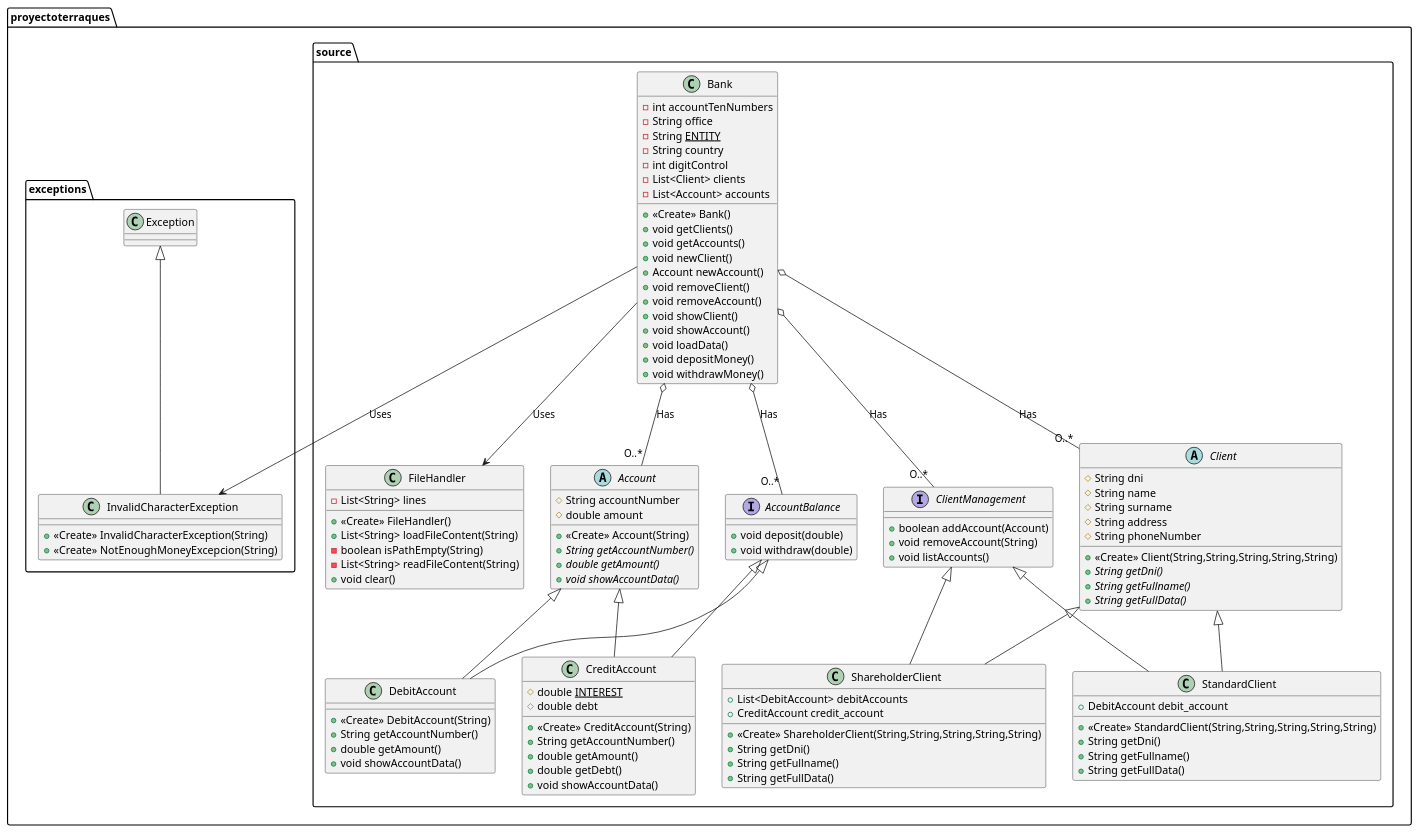
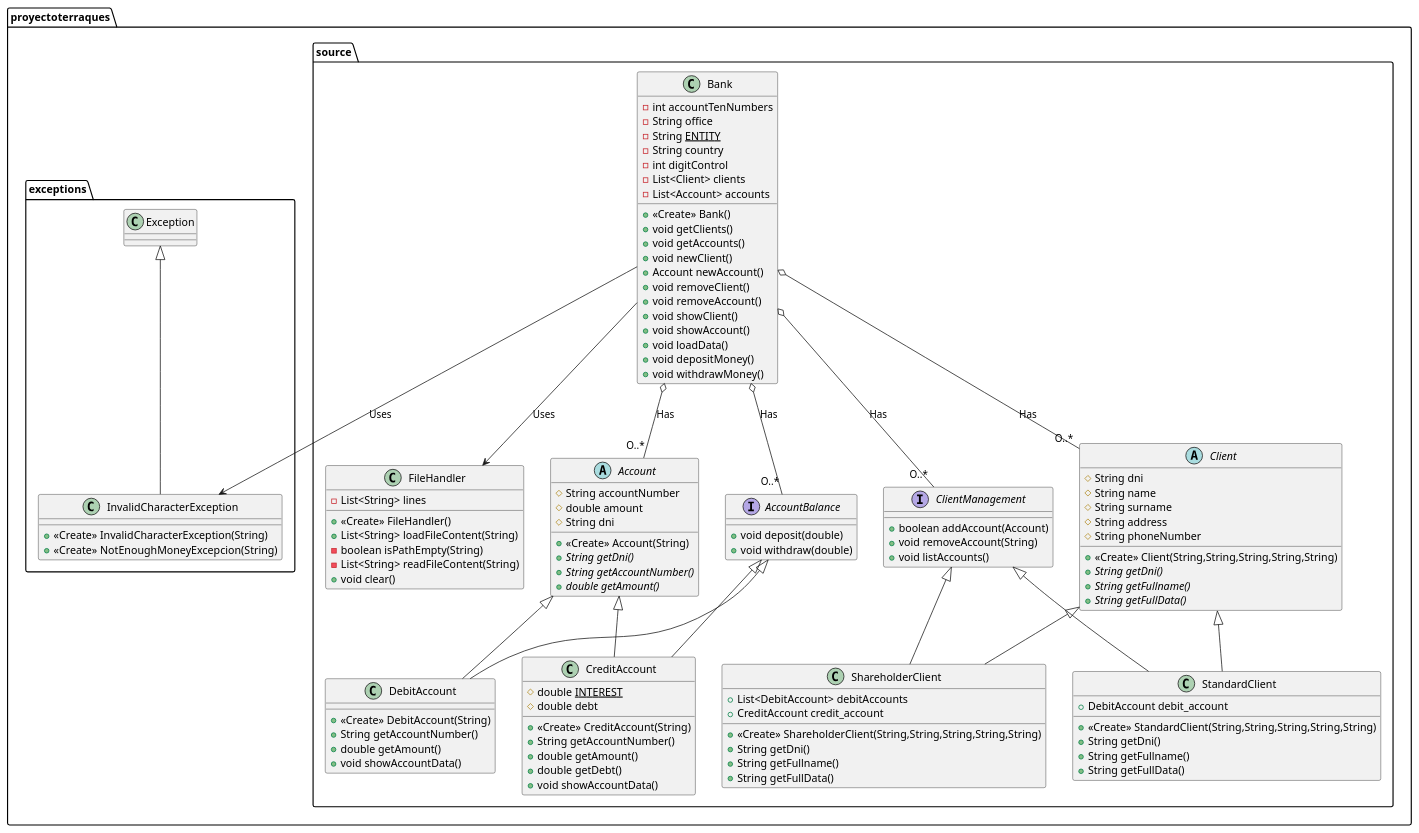
Before and after one commit to eabol/awesome-projects-prograii: the diagram in proyectoTerraques/src/proyectoterraques/docs/diagram.puml, drawn with PlantUML. The commit also changed 67 other files, not shown here.

```diff
--- a/proyectoTerraques/src/proyectoterraques/docs/diagram.puml
+++ b/proyectoTerraques/src/proyectoterraques/docs/diagram.puml
@@ -1,138 +1,139 @@
 @startuml
 
 
 class proyectoterraques.source.Bank {
 - int accountTenNumbers
 - String office
 - String <u>ENTITY</u>
 - String country
 - int digitControl
 - List<Client> clients
 - List<Account> accounts
 + <<Create>> Bank()
 + void getClients()
 + void getAccounts()
 + void newClient()
 + Account newAccount()
 + void removeClient()
 + void removeAccount()
 + void showClient()
 + void showAccount()
 + void loadData()
 + void depositMoney()
 + void withdrawMoney()
 
 }
 
 abstract class proyectoterraques.source.Client {
 # String dni
 # String name
 # String surname
 # String address
 # String phoneNumber
 + <<Create>> Client(String,String,String,String,String)
 + {abstract}String getDni()
 + {abstract}String getFullname()
 + {abstract}String getFullData()
 }
 
 class proyectoterraques.source.ShareholderClient {
 + <<Create>> ShareholderClient(String,String,String,String,String)
 + String getDni()
 + String getFullname()
 + String getFullData()
 + List<DebitAccount> debitAccounts
 + CreditAccount credit_account
 }
 
 class proyectoterraques.source.StandardClient {
 + <<Create>> StandardClient(String,String,String,String,String)
 + String getDni()
 + String getFullname()
 + String getFullData()
 + DebitAccount debit_account
 }
 
 abstract class proyectoterraques.source.Account {
-#  String accountNumber
-#  double amount
+# String accountNumber
+# double amount
+# String dni
 + <<Create>> Account(String)
++ {abstract} String getDni()
 + {abstract} String getAccountNumber()
 + {abstract} double getAmount()
-+ {abstract} void showAccountData()
 
 }
 
 interface proyectoterraques.source.AccountBalance {
 + void deposit(double)
 + void withdraw(double)
 
 
 }
 
 interface proyectoterraques.source.ClientManagement {
 +boolean addAccount(Account)
 +void removeAccount(String)
 +void listAccounts()
 
 }
 
 class proyectoterraques.source.DebitAccount {
 + <<Create>> DebitAccount(String)
 + String getAccountNumber()
 + double getAmount()
 + void showAccountData()
 
 
 }
 
 class proyectoterraques.source.CreditAccount {
 # double <u>INTEREST</u>
 # double debt
 + <<Create>> CreditAccount(String)
 + String getAccountNumber()
 + double getAmount()
 + double getDebt()
 + void showAccountData()
 
 
 }
 
 class proyectoterraques.source.FileHandler {
 - List<String> lines
 + <<Create>> FileHandler()
 + List<String> loadFileContent(String)
 - boolean isPathEmpty(String)
 - List<String> readFileContent(String)
 + void clear()
 }
 
 class proyectoterraques.exceptions.Exception{
 
 }
 
 
 
 class proyectoterraques.exceptions.InvalidCharacterException{
 + <<Create>> InvalidCharacterException(String)
 + <<Create>> NotEnoughMoneyExcepcion(String)
 
 
 }
 
 proyectoterraques.source.Bank o-- "O..*" proyectoterraques.source.Account : Has
 proyectoterraques.source.Bank o-- "O..*" proyectoterraques.source.Client : Has
 proyectoterraques.source.Bank o-- "O..*" proyectoterraques.source.AccountBalance : Has
 proyectoterraques.source.Bank o-- "O..*" proyectoterraques.source.ClientManagement : Has
 proyectoterraques.source.Client <|-- proyectoterraques.source.ShareholderClient
 proyectoterraques.source.ClientManagement <|-- proyectoterraques.source.ShareholderClient
 proyectoterraques.source.Account <|-- proyectoterraques.source.DebitAccount
 proyectoterraques.source.AccountBalance <|-- proyectoterraques.source.DebitAccount
 proyectoterraques.source.Client <|-- proyectoterraques.source.StandardClient
 proyectoterraques.source.ClientManagement <|-- proyectoterraques.source.StandardClient
 proyectoterraques.source.Account <|-- proyectoterraques.source.CreditAccount
 proyectoterraques.source.AccountBalance <|-- proyectoterraques.source.CreditAccount
 proyectoterraques.source.Bank --> proyectoterraques.source.FileHandler : Uses
 proyectoterraques.source.Bank --> proyectoterraques.exceptions.InvalidCharacterException : Uses
 proyectoterraques.exceptions.Exception <|-- proyectoterraques.exceptions.InvalidCharacterException
 @enduml
```
